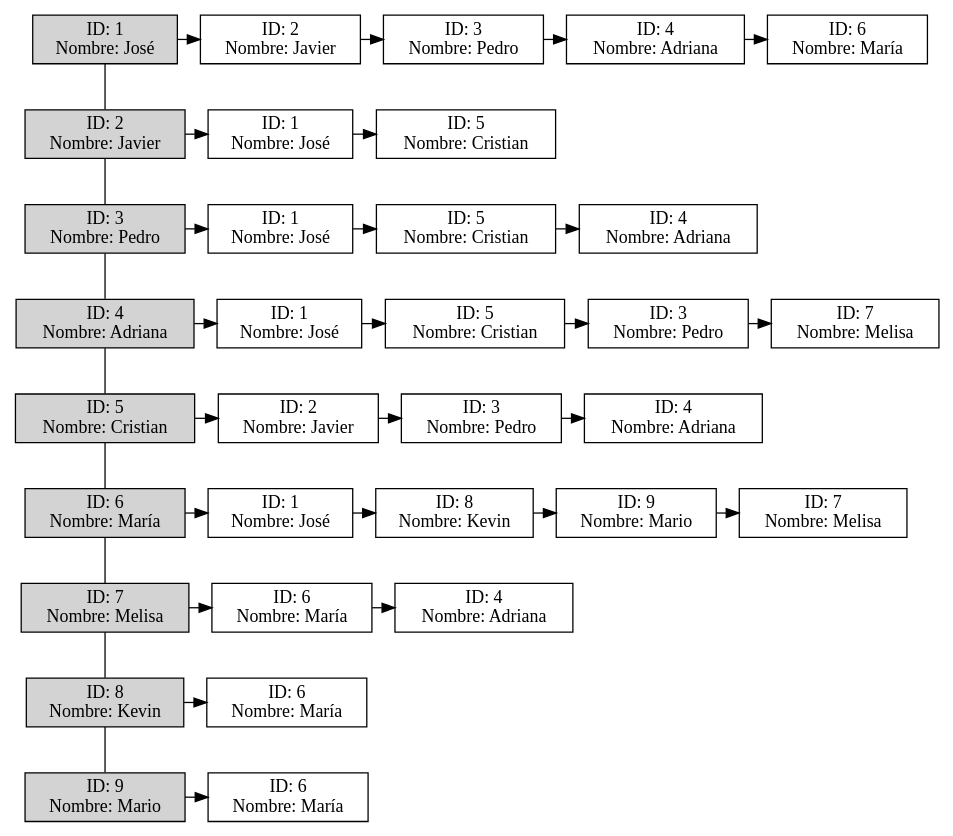
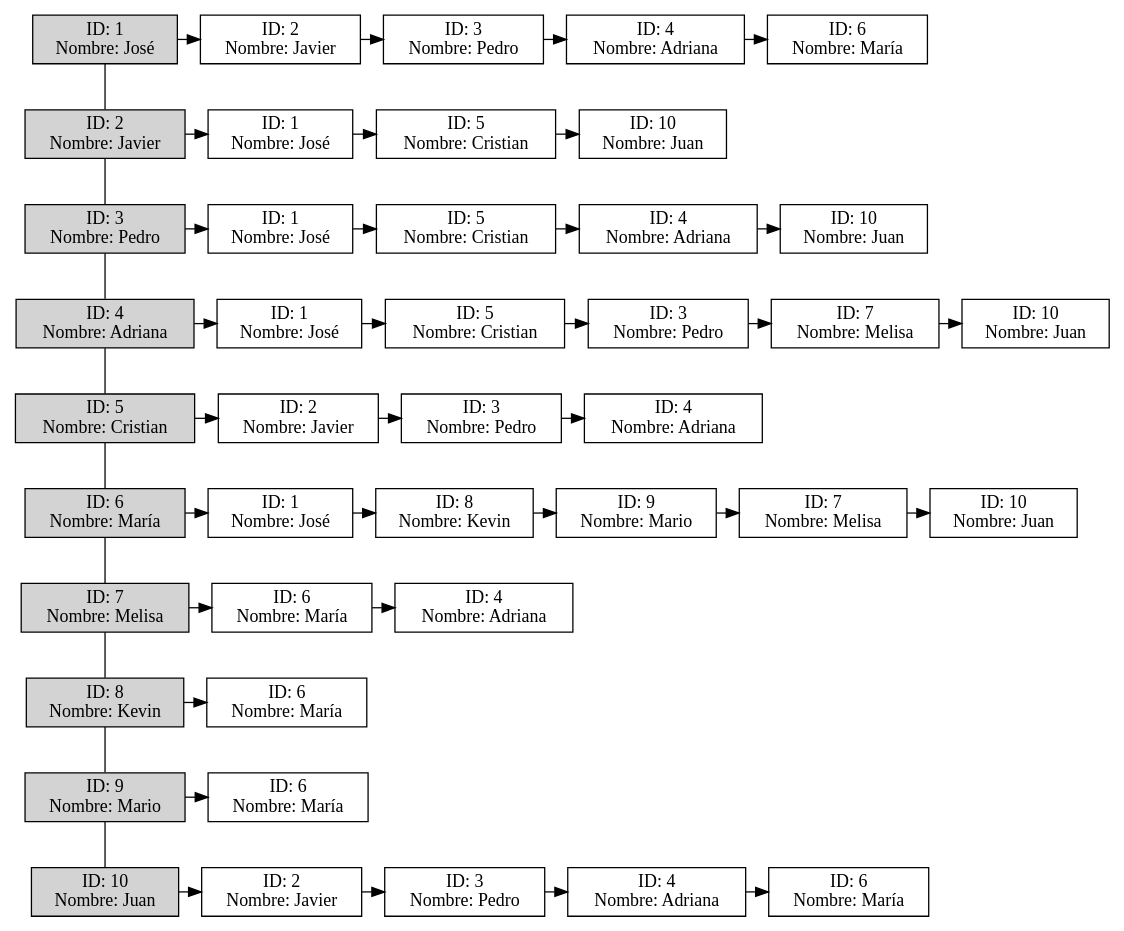
Before and after one commit to Ggi0/-EDD-Proyecto_202100229: the diagram in fase3/usuarios/reportes/grafoLista.dot, drawn with Graphviz. The commit also changed 18 other files, not shown here.

```diff
--- a/fase3/usuarios/reportes/grafoLista.dot
+++ b/fase3/usuarios/reportes/grafoLista.dot
@@ -1,69 +1,87 @@
 digraph G {
 node[shape = "box" style = "filled"]
 Nodo1[label = "ID: 1\nNombre: José" group = "1" fillcolor="lightgray"];
-Nodo1->Nodo2[dir = none];Nodo1->Nodo0x7fba8c506430;
-Nodo0x7fba8c506430[label = "ID: 2\nNombre: Javier" fillcolor = "white"];
-Nodo0x7fba8c506430->Nodo0x7fba8c5065b0;
-Nodo0x7fba8c5065b0[label = "ID: 3\nNombre: Pedro" fillcolor = "white"];
-Nodo0x7fba8c5065b0->Nodo0x7fba8c506730;
-Nodo0x7fba8c506730[label = "ID: 4\nNombre: Adriana" fillcolor = "white"];
-Nodo0x7fba8c506730->Nodo0x7fba8c5068b0;
-Nodo0x7fba8c5068b0[label = "ID: 6\nNombre: María" fillcolor = "white"];
-{rank=same;Nodo1;Nodo0x7fba8c506430;Nodo0x7fba8c5065b0;Nodo0x7fba8c506730;Nodo0x7fba8c5068b0}
+Nodo1->Nodo2[dir = none];Nodo1->Nodo0x7facbbc06580;
+Nodo0x7facbbc06580[label = "ID: 2\nNombre: Javier" fillcolor = "white"];
+Nodo0x7facbbc06580->Nodo0x7facbbc06700;
+Nodo0x7facbbc06700[label = "ID: 3\nNombre: Pedro" fillcolor = "white"];
+Nodo0x7facbbc06700->Nodo0x7facbbc06880;
+Nodo0x7facbbc06880[label = "ID: 4\nNombre: Adriana" fillcolor = "white"];
+Nodo0x7facbbc06880->Nodo0x7facbbc06a00;
+Nodo0x7facbbc06a00[label = "ID: 6\nNombre: María" fillcolor = "white"];
+{rank=same;Nodo1;Nodo0x7facbbc06580;Nodo0x7facbbc06700;Nodo0x7facbbc06880;Nodo0x7facbbc06a00}
 Nodo2[label = "ID: 2\nNombre: Javier" group = "1" fillcolor="lightgray"];
-Nodo2->Nodo3[dir = none];Nodo2->Nodo0x7fba8c5064f0;
-Nodo0x7fba8c5064f0[label = "ID: 1\nNombre: José" fillcolor = "white"];
-Nodo0x7fba8c5064f0->Nodo0x7fba8c506af0;
-Nodo0x7fba8c506af0[label = "ID: 5\nNombre: Cristian" fillcolor = "white"];
-{rank=same;Nodo2;Nodo0x7fba8c5064f0;Nodo0x7fba8c506af0}
+Nodo2->Nodo3[dir = none];Nodo2->Nodo0x7facbbc06640;
+Nodo0x7facbbc06640[label = "ID: 1\nNombre: José" fillcolor = "white"];
+Nodo0x7facbbc06640->Nodo0x7facbbc06c40;
+Nodo0x7facbbc06c40[label = "ID: 5\nNombre: Cristian" fillcolor = "white"];
+Nodo0x7facbbc06c40->Nodo0x7facbbc07840;
+Nodo0x7facbbc07840[label = "ID: 10\nNombre: Juan" fillcolor = "white"];
+{rank=same;Nodo2;Nodo0x7facbbc06640;Nodo0x7facbbc06c40;Nodo0x7facbbc07840}
 Nodo3[label = "ID: 3\nNombre: Pedro" group = "1" fillcolor="lightgray"];
-Nodo3->Nodo4[dir = none];Nodo3->Nodo0x7fba8c506670;
-Nodo0x7fba8c506670[label = "ID: 1\nNombre: José" fillcolor = "white"];
-Nodo0x7fba8c506670->Nodo0x7fba8c506c70;
-Nodo0x7fba8c506c70[label = "ID: 5\nNombre: Cristian" fillcolor = "white"];
-Nodo0x7fba8c506c70->Nodo0x7fba8c506eb0;
-Nodo0x7fba8c506eb0[label = "ID: 4\nNombre: Adriana" fillcolor = "white"];
-{rank=same;Nodo3;Nodo0x7fba8c506670;Nodo0x7fba8c506c70;Nodo0x7fba8c506eb0}
+Nodo3->Nodo4[dir = none];Nodo3->Nodo0x7facbbc067c0;
+Nodo0x7facbbc067c0[label = "ID: 1\nNombre: José" fillcolor = "white"];
+Nodo0x7facbbc067c0->Nodo0x7facbbc06dc0;
+Nodo0x7facbbc06dc0[label = "ID: 5\nNombre: Cristian" fillcolor = "white"];
+Nodo0x7facbbc06dc0->Nodo0x7facbbc07000;
+Nodo0x7facbbc07000[label = "ID: 4\nNombre: Adriana" fillcolor = "white"];
+Nodo0x7facbbc07000->Nodo0x7facbbc079c0;
+Nodo0x7facbbc079c0[label = "ID: 10\nNombre: Juan" fillcolor = "white"];
+{rank=same;Nodo3;Nodo0x7facbbc067c0;Nodo0x7facbbc06dc0;Nodo0x7facbbc07000;Nodo0x7facbbc079c0}
 Nodo4[label = "ID: 4\nNombre: Adriana" group = "1" fillcolor="lightgray"];
-Nodo4->Nodo5[dir = none];Nodo4->Nodo0x7fba8c5067f0;
-Nodo0x7fba8c5067f0[label = "ID: 1\nNombre: José" fillcolor = "white"];
-Nodo0x7fba8c5067f0->Nodo0x7fba8c506df0;
-Nodo0x7fba8c506df0[label = "ID: 5\nNombre: Cristian" fillcolor = "white"];
-Nodo0x7fba8c506df0->Nodo0x7fba8c506f70;
-Nodo0x7fba8c506f70[label = "ID: 3\nNombre: Pedro" fillcolor = "white"];
-Nodo0x7fba8c506f70->Nodo0x7fba8c50a050;
-Nodo0x7fba8c50a050[label = "ID: 7\nNombre: Melisa" fillcolor = "white"];
-{rank=same;Nodo4;Nodo0x7fba8c5067f0;Nodo0x7fba8c506df0;Nodo0x7fba8c506f70;Nodo0x7fba8c50a050}
+Nodo4->Nodo5[dir = none];Nodo4->Nodo0x7facbbc06940;
+Nodo0x7facbbc06940[label = "ID: 1\nNombre: José" fillcolor = "white"];
+Nodo0x7facbbc06940->Nodo0x7facbbc06f40;
+Nodo0x7facbbc06f40[label = "ID: 5\nNombre: Cristian" fillcolor = "white"];
+Nodo0x7facbbc06f40->Nodo0x7facbbc070c0;
+Nodo0x7facbbc070c0[label = "ID: 3\nNombre: Pedro" fillcolor = "white"];
+Nodo0x7facbbc070c0->Nodo0x7facbbc076c0;
+Nodo0x7facbbc076c0[label = "ID: 7\nNombre: Melisa" fillcolor = "white"];
+Nodo0x7facbbc076c0->Nodo0x7facbbc07b40;
+Nodo0x7facbbc07b40[label = "ID: 10\nNombre: Juan" fillcolor = "white"];
+{rank=same;Nodo4;Nodo0x7facbbc06940;Nodo0x7facbbc06f40;Nodo0x7facbbc070c0;Nodo0x7facbbc076c0;Nodo0x7facbbc07b40}
 Nodo5[label = "ID: 5\nNombre: Cristian" group = "1" fillcolor="lightgray"];
-Nodo5->Nodo6[dir = none];Nodo5->Nodo0x7fba8c506a30;
-Nodo0x7fba8c506a30[label = "ID: 2\nNombre: Javier" fillcolor = "white"];
-Nodo0x7fba8c506a30->Nodo0x7fba8c506bb0;
-Nodo0x7fba8c506bb0[label = "ID: 3\nNombre: Pedro" fillcolor = "white"];
-Nodo0x7fba8c506bb0->Nodo0x7fba8c506d30;
-Nodo0x7fba8c506d30[label = "ID: 4\nNombre: Adriana" fillcolor = "white"];
-{rank=same;Nodo5;Nodo0x7fba8c506a30;Nodo0x7fba8c506bb0;Nodo0x7fba8c506d30}
+Nodo5->Nodo6[dir = none];Nodo5->Nodo0x7facbbc06b80;
+Nodo0x7facbbc06b80[label = "ID: 2\nNombre: Javier" fillcolor = "white"];
+Nodo0x7facbbc06b80->Nodo0x7facbbc06d00;
+Nodo0x7facbbc06d00[label = "ID: 3\nNombre: Pedro" fillcolor = "white"];
+Nodo0x7facbbc06d00->Nodo0x7facbbc06e80;
+Nodo0x7facbbc06e80[label = "ID: 4\nNombre: Adriana" fillcolor = "white"];
+{rank=same;Nodo5;Nodo0x7facbbc06b80;Nodo0x7facbbc06d00;Nodo0x7facbbc06e80}
 Nodo6[label = "ID: 6\nNombre: María" group = "1" fillcolor="lightgray"];
-Nodo6->Nodo7[dir = none];Nodo6->Nodo0x7fba8c506970;
-Nodo0x7fba8c506970[label = "ID: 1\nNombre: José" fillcolor = "white"];
-Nodo0x7fba8c506970->Nodo0x7fba8c507030;
-Nodo0x7fba8c507030[label = "ID: 8\nNombre: Kevin" fillcolor = "white"];
-Nodo0x7fba8c507030->Nodo0x7fba8c5071b0;
-Nodo0x7fba8c5071b0[label = "ID: 9\nNombre: Mario" fillcolor = "white"];
-Nodo0x7fba8c5071b0->Nodo0x7fba8c509e10;
-Nodo0x7fba8c509e10[label = "ID: 7\nNombre: Melisa" fillcolor = "white"];
-{rank=same;Nodo6;Nodo0x7fba8c506970;Nodo0x7fba8c507030;Nodo0x7fba8c5071b0;Nodo0x7fba8c509e10}
+Nodo6->Nodo7[dir = none];Nodo6->Nodo0x7facbbc06ac0;
+Nodo0x7facbbc06ac0[label = "ID: 1\nNombre: José" fillcolor = "white"];
+Nodo0x7facbbc06ac0->Nodo0x7facbbc07180;
+Nodo0x7facbbc07180[label = "ID: 8\nNombre: Kevin" fillcolor = "white"];
+Nodo0x7facbbc07180->Nodo0x7facbbc07300;
+Nodo0x7facbbc07300[label = "ID: 9\nNombre: Mario" fillcolor = "white"];
+Nodo0x7facbbc07300->Nodo0x7facbbc07480;
+Nodo0x7facbbc07480[label = "ID: 7\nNombre: Melisa" fillcolor = "white"];
+Nodo0x7facbbc07480->Nodo0x7facbbc07cc0;
+Nodo0x7facbbc07cc0[label = "ID: 10\nNombre: Juan" fillcolor = "white"];
+{rank=same;Nodo6;Nodo0x7facbbc06ac0;Nodo0x7facbbc07180;Nodo0x7facbbc07300;Nodo0x7facbbc07480;Nodo0x7facbbc07cc0}
 Nodo7[label = "ID: 7\nNombre: Melisa" group = "1" fillcolor="lightgray"];
-Nodo7->Nodo8[dir = none];Nodo7->Nodo0x7fba8c509ed0;
-Nodo0x7fba8c509ed0[label = "ID: 6\nNombre: María" fillcolor = "white"];
-Nodo0x7fba8c509ed0->Nodo0x7fba8c509f90;
-Nodo0x7fba8c509f90[label = "ID: 4\nNombre: Adriana" fillcolor = "white"];
-{rank=same;Nodo7;Nodo0x7fba8c509ed0;Nodo0x7fba8c509f90}
+Nodo7->Nodo8[dir = none];Nodo7->Nodo0x7facbbc07540;
+Nodo0x7facbbc07540[label = "ID: 6\nNombre: María" fillcolor = "white"];
+Nodo0x7facbbc07540->Nodo0x7facbbc07600;
+Nodo0x7facbbc07600[label = "ID: 4\nNombre: Adriana" fillcolor = "white"];
+{rank=same;Nodo7;Nodo0x7facbbc07540;Nodo0x7facbbc07600}
 Nodo8[label = "ID: 8\nNombre: Kevin" group = "1" fillcolor="lightgray"];
-Nodo8->Nodo9[dir = none];Nodo8->Nodo0x7fba8c5070f0;
-Nodo0x7fba8c5070f0[label = "ID: 6\nNombre: María" fillcolor = "white"];
-{rank=same;Nodo8;Nodo0x7fba8c5070f0}
+Nodo8->Nodo9[dir = none];Nodo8->Nodo0x7facbbc07240;
+Nodo0x7facbbc07240[label = "ID: 6\nNombre: María" fillcolor = "white"];
+{rank=same;Nodo8;Nodo0x7facbbc07240}
 Nodo9[label = "ID: 9\nNombre: Mario" group = "1" fillcolor="lightgray"];
-Nodo9->Nodo0x7fba8c509d50;
-Nodo0x7fba8c509d50[label = "ID: 6\nNombre: María" fillcolor = "white"];
-{rank=same;Nodo9;Nodo0x7fba8c509d50}
+Nodo9->Nodo10[dir = none];Nodo9->Nodo0x7facbbc073c0;
+Nodo0x7facbbc073c0[label = "ID: 6\nNombre: María" fillcolor = "white"];
+{rank=same;Nodo9;Nodo0x7facbbc073c0}
+Nodo10[label = "ID: 10\nNombre: Juan" group = "1" fillcolor="lightgray"];
+Nodo10->Nodo0x7facbbc07780;
+Nodo0x7facbbc07780[label = "ID: 2\nNombre: Javier" fillcolor = "white"];
+Nodo0x7facbbc07780->Nodo0x7facbbc07900;
+Nodo0x7facbbc07900[label = "ID: 3\nNombre: Pedro" fillcolor = "white"];
+Nodo0x7facbbc07900->Nodo0x7facbbc07a80;
+Nodo0x7facbbc07a80[label = "ID: 4\nNombre: Adriana" fillcolor = "white"];
+Nodo0x7facbbc07a80->Nodo0x7facbbc07c00;
+Nodo0x7facbbc07c00[label = "ID: 6\nNombre: María" fillcolor = "white"];
+{rank=same;Nodo10;Nodo0x7facbbc07780;Nodo0x7facbbc07900;Nodo0x7facbbc07a80;Nodo0x7facbbc07c00}
 }
```
